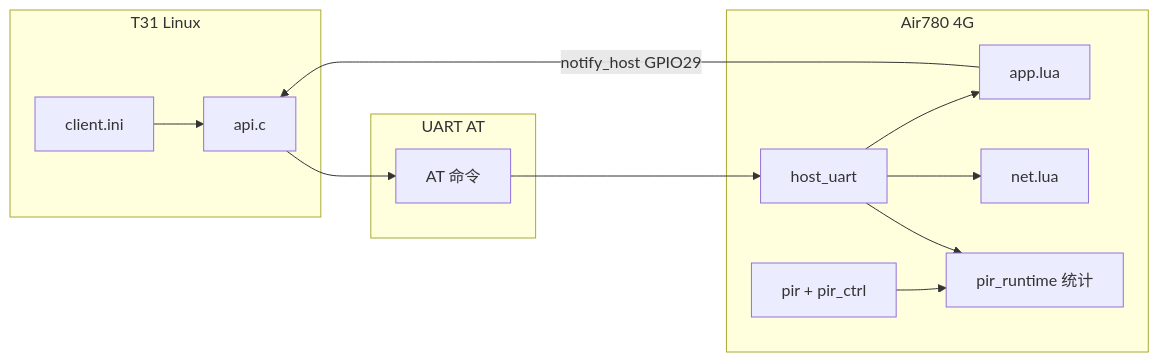
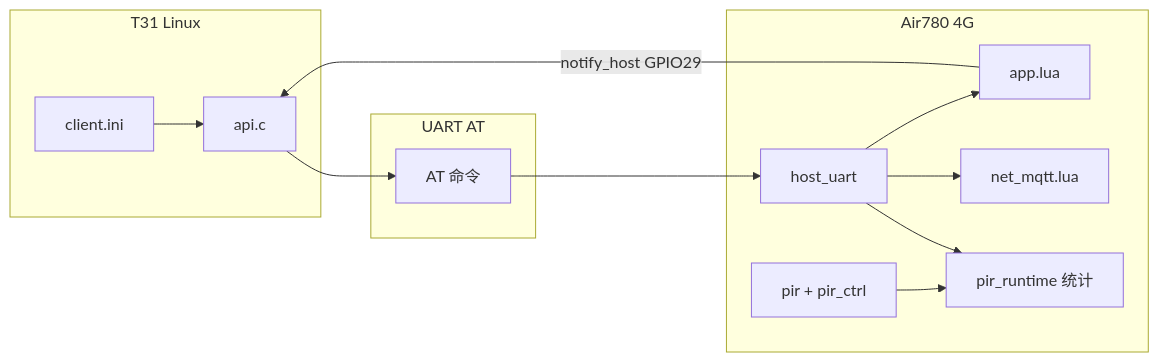
Before and after one commit to dzr1986/AIR780EHM: the first of 2 diagrams in doc/T31_4G_AT_INTERACTION.md, drawn with Mermaid. The commit also changed other lines of this file and 35 other files, not shown here.

First line of the commit message:
refactor: 拆分 net_mqtt/net_tcp 并统一 t3x 命名

````diff
--- a/doc/T31_4G_AT_INTERACTION.md
+++ b/doc/T31_4G_AT_INTERACTION.md
@@ -13,25 +14,25 @@
 ```mermaid
 flowchart LR
     subgraph T31["T31 Linux"]
         INI[client.ini]
         API[api.c]
     end
     subgraph UART["UART AT"]
         AT[AT 命令]
     end
     subgraph CAT1["Air780 4G"]
         HU[host_uart]
         APP[app.lua]
-        NET[net.lua]
+        NET[net_mqtt.lua]
         PIR[pir + pir_ctrl]
         RT[pir_runtime 统计]
     end
     INI --> API
     API --> AT
     AT --> HU
     HU --> APP
     HU --> NET
     PIR --> RT
     HU --> RT
     APP -->|notify_host GPIO29| API
 ```
````
